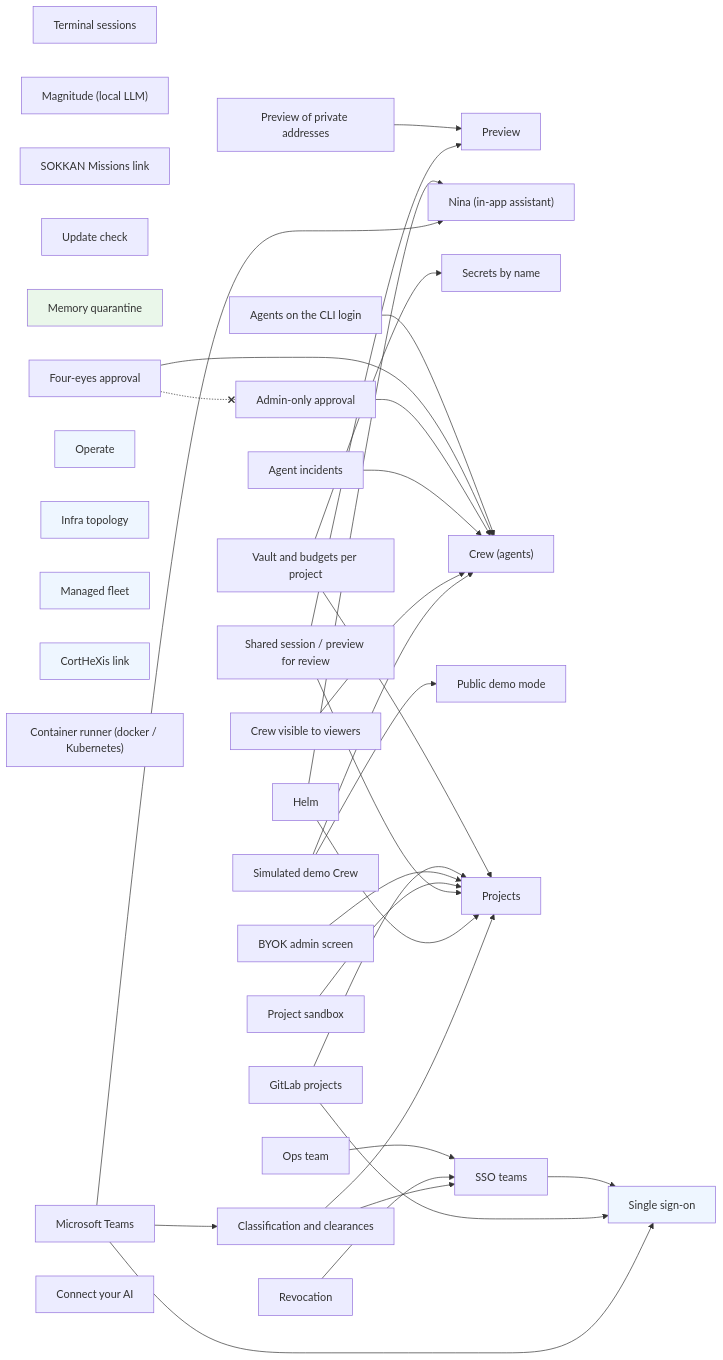
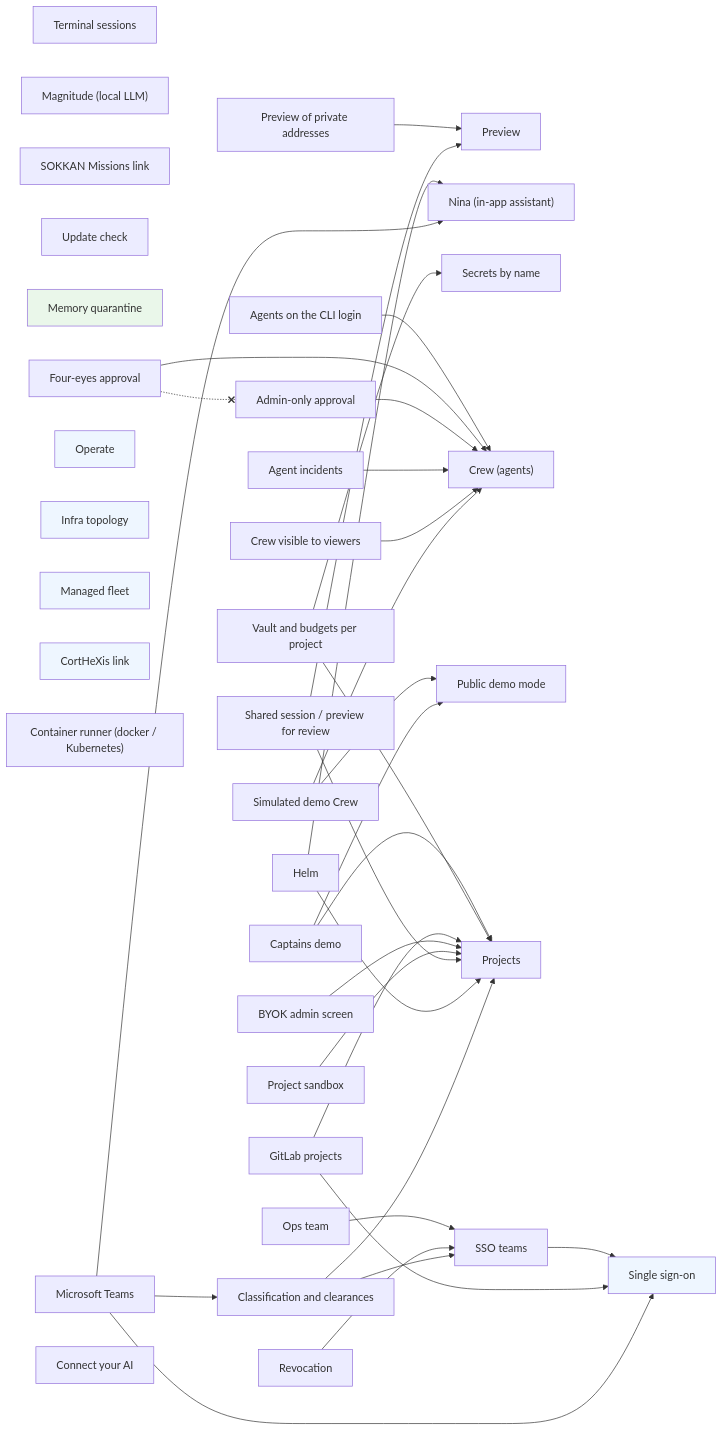
One commit to ninabot-ch/sokkan changed the diagram in docs/enterprise/FEATURES.md. Above: the diagram before and after it, drawn with Mermaid. The commit also changed other lines of this file and 17 other files, not shown here.

````diff
--- a/docs/enterprise/FEATURES.md
+++ b/docs/enterprise/FEATURES.md
@@ -60,71 +61,74 @@
 ```mermaid
 graph LR
   tmux["Terminal sessions"]
   preview["Preview"]
   preview_private_targets["Preview of private addresses"]
   magnitude["Magnitude (local LLM)"]
   assistant["Nina (in-app assistant)"]
   missions_link["SOKKAN Missions link"]
   update_check["Update check"]
   named_secrets["Secrets by name"]
   memory_quarantine["Memory quarantine"]
   agents["Crew (agents)"]
   agents_cli_login["Agents on the CLI login"]
   four_eyes["Four-eyes approval"]
   admin_approval["Admin-only approval"]
   agent_incidents["Agent incidents"]
   crew_viewer_readonly["Crew visible to viewers"]
   demo_banner["Public demo mode"]
   demo_crew["Simulated demo Crew"]
+  demo_captains["Captains demo"]
   sso["Single sign-on"]
   multi_project["Projects"]
   sso_teams["SSO teams"]
   operate["Operate"]
   ops_team["Ops team"]
   infra["Infra topology"]
   fleet["Managed fleet"]
   cortex["CortHeXis link"]
   kubernetes_runner["Container runner (docker / Kubernetes)"]
   project_vault_budgets["Vault and budgets per project"]
   gitlab["GitLab projects"]
   revocation["Revocation"]
   byok_admin["BYOK admin screen"]
   sandbox["Project sandbox"]
   shared_review["Shared session / preview for review"]
   helm["Helm"]
   classification["Classification and clearances"]
   teams["Microsoft Teams"]
   connect_ai["Connect your AI"]
   preview_private_targets --> preview
   agents_cli_login --> agents
   four_eyes --> agents
   admin_approval --> agents
   agent_incidents --> agents
   crew_viewer_readonly --> agents
   demo_crew --> agents
   demo_crew --> demo_banner
+  demo_captains --> demo_banner
+  demo_captains --> multi_project
   sso_teams --> sso
   ops_team --> sso_teams
   project_vault_budgets --> multi_project
   project_vault_budgets --> named_secrets
   gitlab --> multi_project
   gitlab --> sso
   revocation --> sso_teams
   byok_admin --> multi_project
   sandbox --> multi_project
   shared_review --> preview
   shared_review --> multi_project
   helm --> multi_project
   helm --> assistant
   classification --> multi_project
   classification --> sso_teams
   teams --> assistant
   teams --> classification
   teams --> sso
   four_eyes -.-x admin_approval
   classDef planned stroke-dasharray: 5 5,color:#888;
   classDef integration fill:#eef6ff;
   classDef invariant fill:#eaf7ea;
   class sso,operate,infra,fleet,cortex integration;
   class memory_quarantine invariant;
 ```
````
